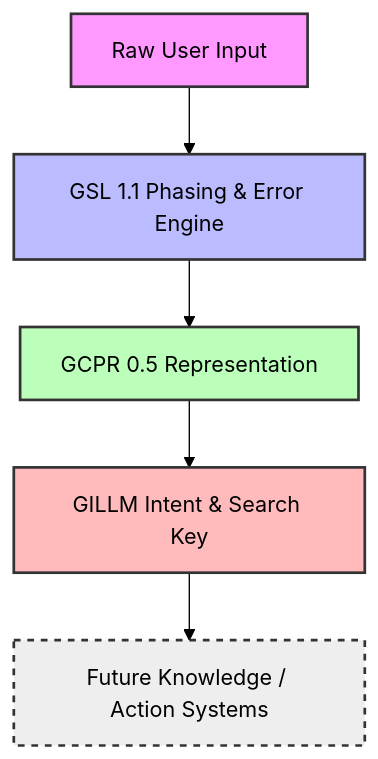
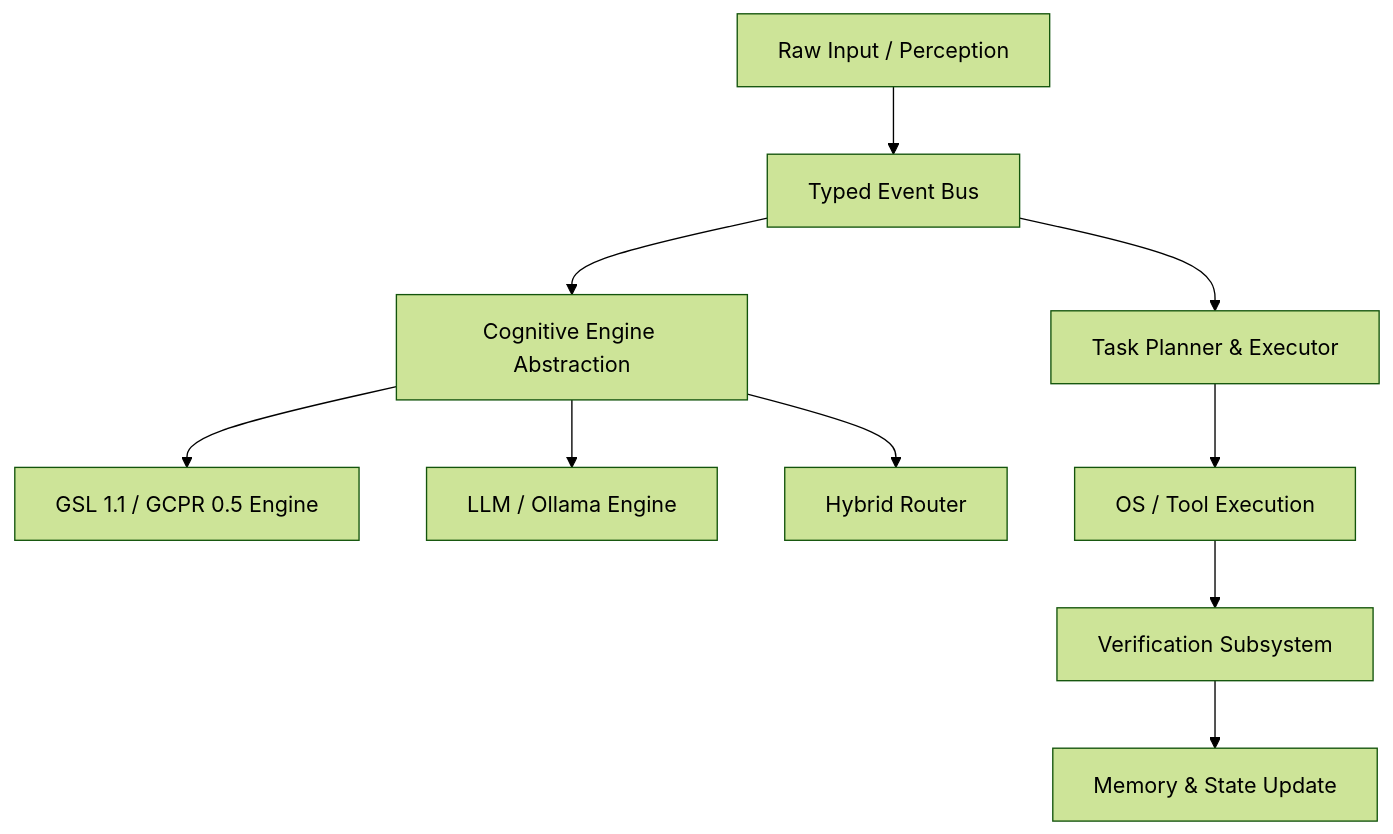
One commit to sailoht/GILLM-Genius-Intelligence-Language-Learning-Model- changed the first of 2 diagrams in README.md. Above: the diagram before and after it, drawn with Mermaid (forest theme). The commit also changed other lines of this file and 50 other files, not shown here.

First line of the commit message:
Establish JARVIS Core Architecture and Phase 1 Lifecycle Loop

````diff
--- a/README.md
+++ b/README.md
@@ -14,12 +15,12 @@
 ```mermaid
 graph TD
-    A[Raw User Input] --> B[GSL 1.1 Phasing & Error Engine]
-    B --> C[GCPR 0.5 Representation]
-    C --> D[GILLM Intent & Search Key]
-    D --> E[Future Knowledge / Action Systems]
-    style A fill:#f9f,stroke:#333,stroke-width:2px
-    style B fill:#bbf,stroke:#333,stroke-width:2px
-    style C fill:#bfb,stroke:#333,stroke-width:2px
-    style D fill:#fbb,stroke:#333,stroke-width:2px
-    style E fill:#eee,stroke:#333,stroke-width:2px,stroke-dasharray: 5 5
+    A[Raw Input / Perception] --> B[Typed Event Bus]
+    B --> C[Cognitive Engine Abstraction]
+    C --> GSL[GSL 1.1 / GCPR 0.5 Engine]
+    C --> LLM[LLM / Ollama Engine]
+    C --> Hybrid[Hybrid Router]
+    B --> D[Task Planner & Executor]
+    D --> E[OS / Tool Execution]
+    E --> F[Verification Subsystem]
+    F --> G[Memory & State Update]
 ```
````
